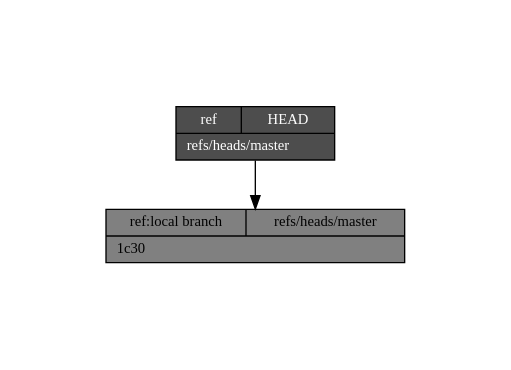
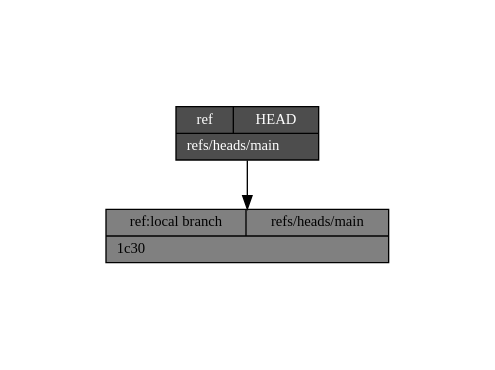
The diagram in ref.dot (zigarn/git-internals), drawn with Graphviz before and after one commit. The commit also changed 6 other files, not shown here.

Commit message:
Switch from 'master' to 'main'

```diff
--- a/ref.dot
+++ b/ref.dot
@@ -1,8 +1,8 @@
 digraph structs {
   pad="1,1";
   node [shape=record,fontsize=11];
   rankdir="TB";
-  _refs___heads___master [style=filled, fillcolor=gray,  label="{{ref:local branch|refs\/heads\/master}|1c30\l}"]
-  _HEAD [style=filled, fillcolor=gray30, fontcolor=white,  label="{{ref|HEAD}|refs\/heads\/master\l}"]
-  _HEAD -> _refs___heads___master
+  _refs___heads___main [style=filled, fillcolor=gray,  label="{{ref:local branch|refs\/heads\/main}|1c30\l}"]
+  _HEAD [style=filled, fillcolor=gray30, fontcolor=white,  label="{{ref|HEAD}|refs\/heads\/main\l}"]
+  _HEAD -> _refs___heads___main
 }
```
